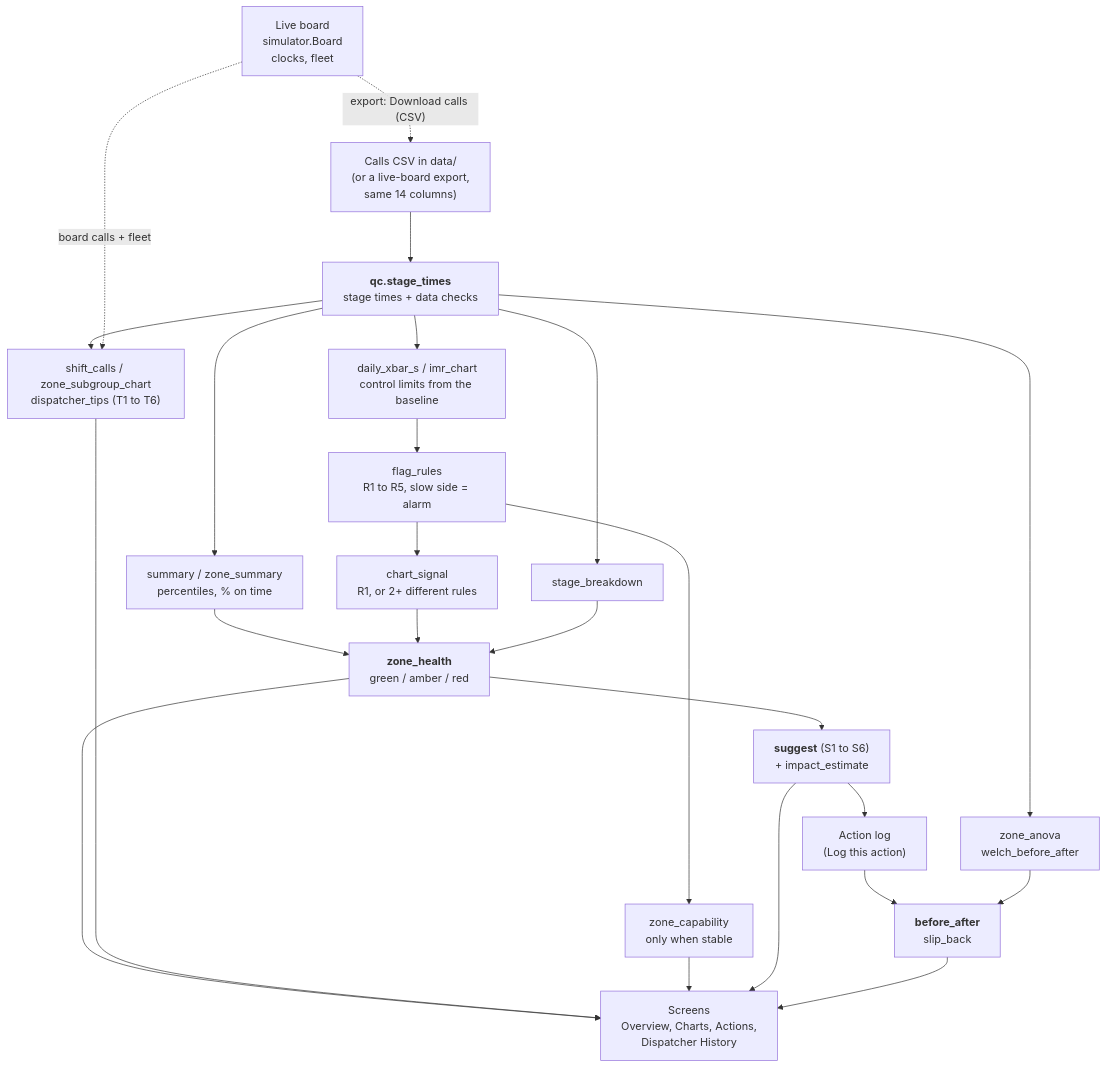
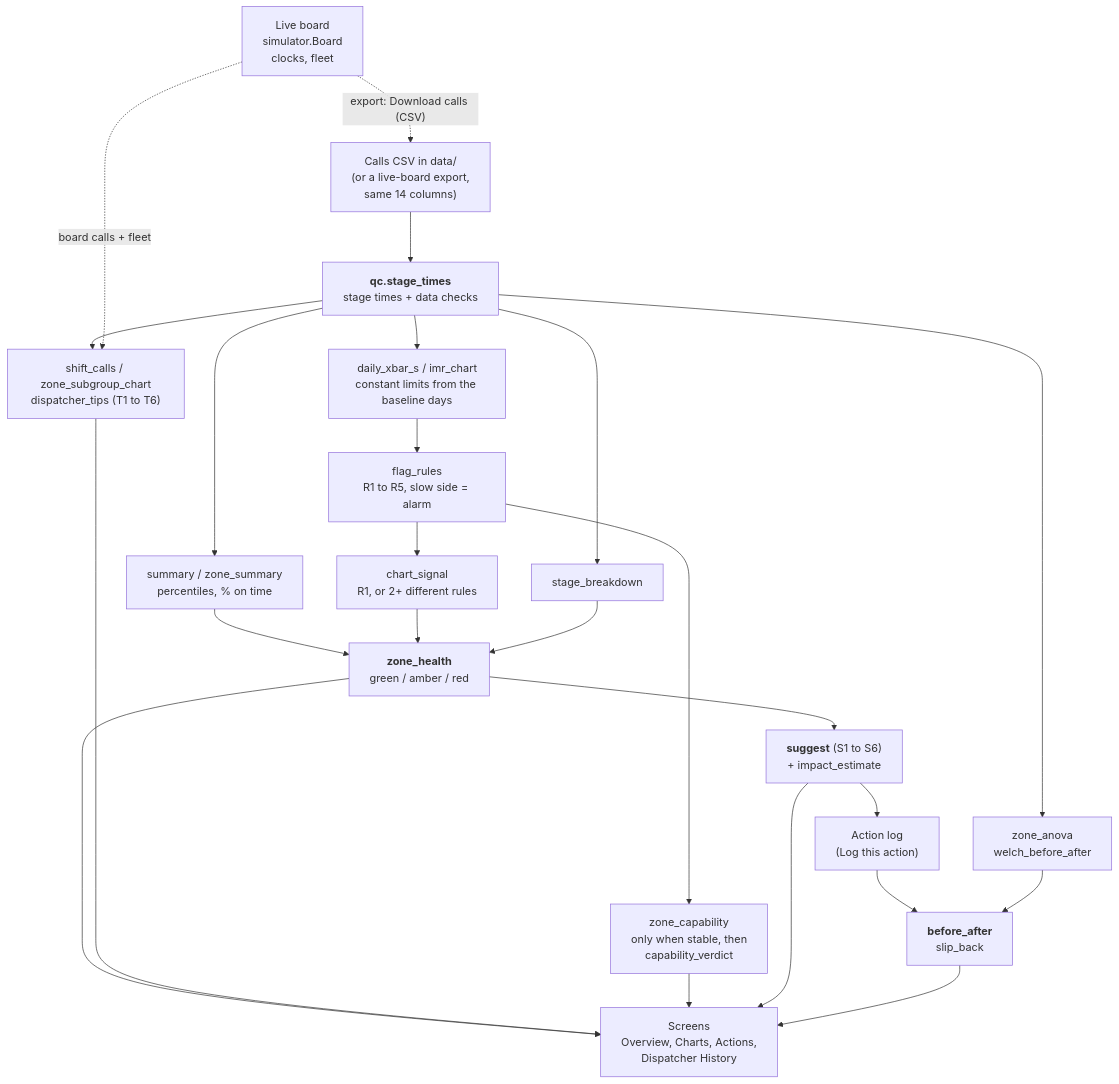
One commit to nidhibaderiya23/sixsigma changed the diagram in README.md. Above: the diagram before and after it, drawn with Mermaid. The commit also changed other lines of this file and 12 other files, not shown here.

````diff
--- a/README.md
+++ b/README.md
@@ -293,32 +294,32 @@
 ```mermaid
 flowchart TD
     csv["Calls CSV in data/<br>(or a live-board export,<br>same 14 columns)"]
     st["<b>qc.stage_times</b><br>stage times + data checks"]
     csv --> st
 
     st --> summ["summary / zone_summary<br>percentiles, % on time"]
-    st --> chart["daily_xbar_s / imr_chart<br>control limits from the baseline"]
+    st --> chart["daily_xbar_s / imr_chart<br>constant limits from the baseline days"]
     chart --> rules["flag_rules<br>R1 to R5, slow side = alarm"]
-    rules --> cap["zone_capability<br>only when stable"]
+    rules --> cap["zone_capability<br>only when stable, then<br>capability_verdict"]
     st --> tests["zone_anova<br>welch_before_after"]
     st --> bd["stage_breakdown"]
 
     summ --> zh["<b>zone_health</b><br>green / amber / red"]
     rules --> sig["chart_signal<br>R1, or 2+ different rules"]
     sig --> zh
     bd --> zh
     zh --> sug["<b>suggest</b> (S1 to S6)<br>+ impact_estimate"]
     sug --> log["Action log<br>(Log this action)"]
     log --> ba["<b>before_after</b><br>slip_back"]
     tests --> ba
 
     st --> shift["shift_calls / zone_subgroup_chart<br>dispatcher_tips (T1 to T6)"]
     zh --> screens["Screens<br>Overview, Charts, Actions,<br>Dispatcher History"]
     shift --> screens
     cap --> screens
     sug --> screens
     ba --> screens
 
     live["Live board<br>simulator.Board<br>clocks, fleet"] -.->|"export: Download calls (CSV)"| csv
     live -.->|"board calls + fleet"| shift
 ```
````
